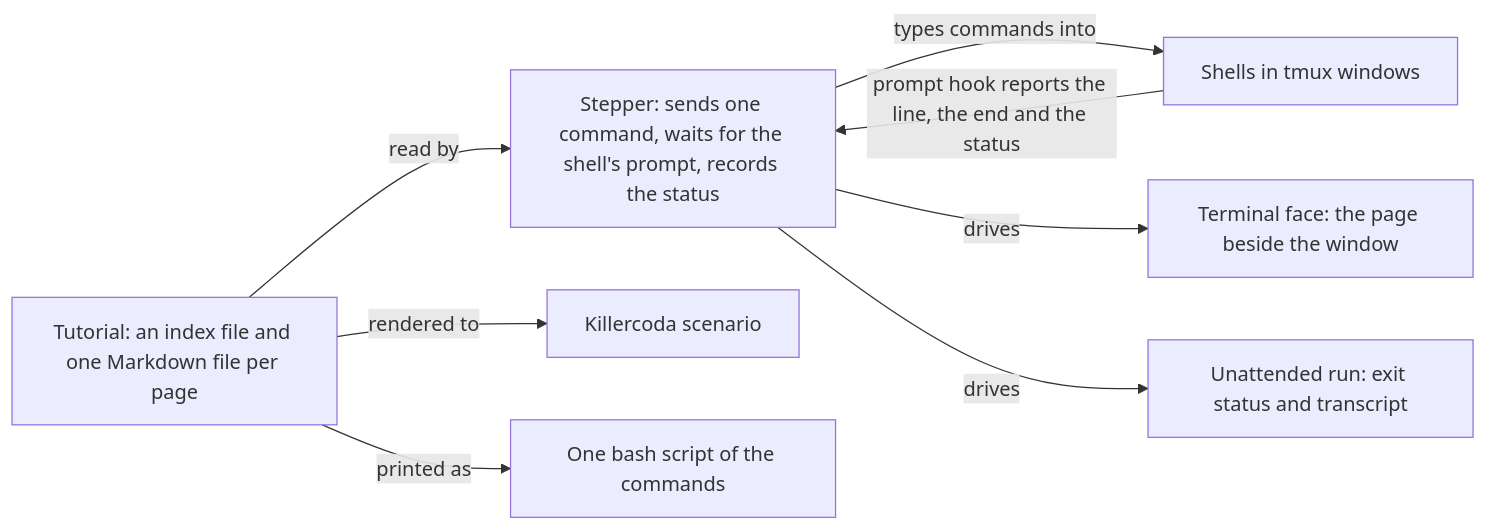
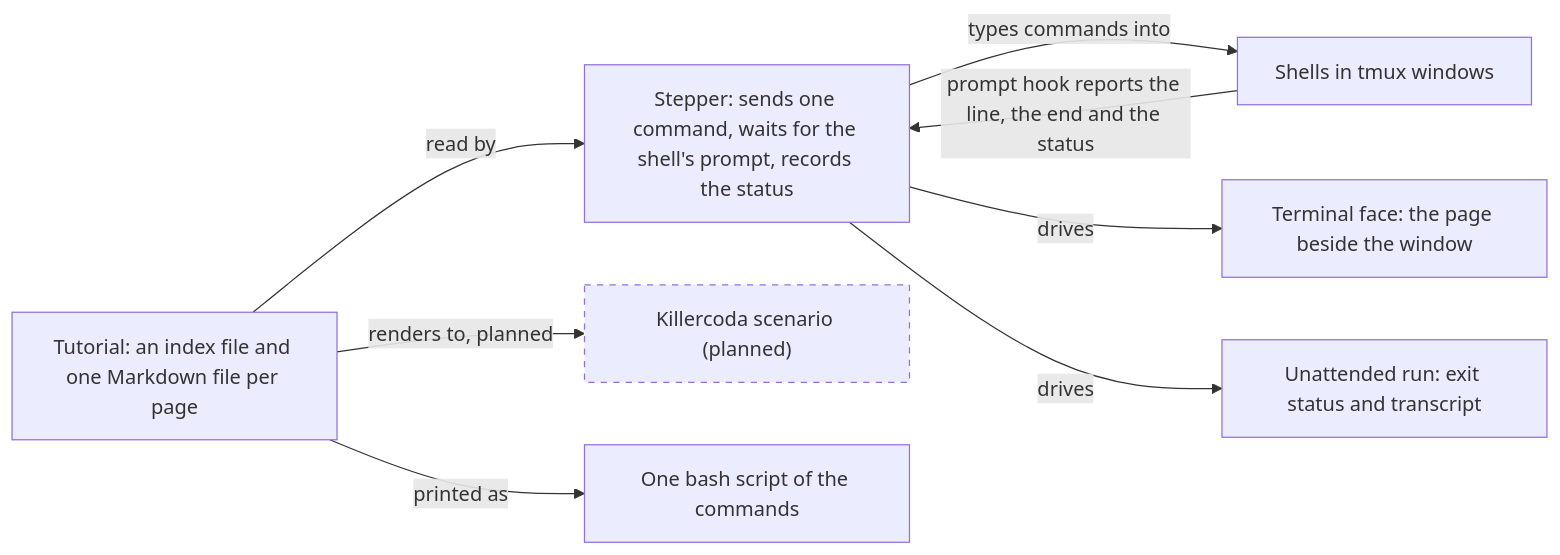
Before and after one commit to lambdasistemi/tutorial-stepper: the third of 3 diagrams in README.md, drawn with Mermaid. The commit also changed other lines of this file and 3 other files, not shown here.

First line of the commit message:
docs: mark the Killercoda renderer as planned and scale headings

````diff
--- a/README.md
+++ b/README.md
@@ -104,17 +105,18 @@
 ```mermaid
 flowchart LR
   source["Tutorial: an index file and one Markdown file per page"]
   stepper["Stepper: sends one command, waits for the shell's prompt, records the status"]
   shells["Shells in tmux windows"]
   page["Terminal face: the page beside the window"]
   ci["Unattended run: exit status and transcript"]
-  killercoda["Killercoda scenario"]
+  killercoda["Killercoda scenario (planned)"]
   printed["One bash script of the commands"]
   source -->|"read by"| stepper
   stepper -->|"types commands into"| shells
   shells -->|"prompt hook reports the line, the end and the status"| stepper
   stepper -->|"drives"| page
   stepper -->|"drives"| ci
-  source -->|"rendered to"| killercoda
+  source -->|"renders to, planned"| killercoda
   source -->|"printed as"| printed
+  style killercoda stroke-dasharray:5
 ```
````
